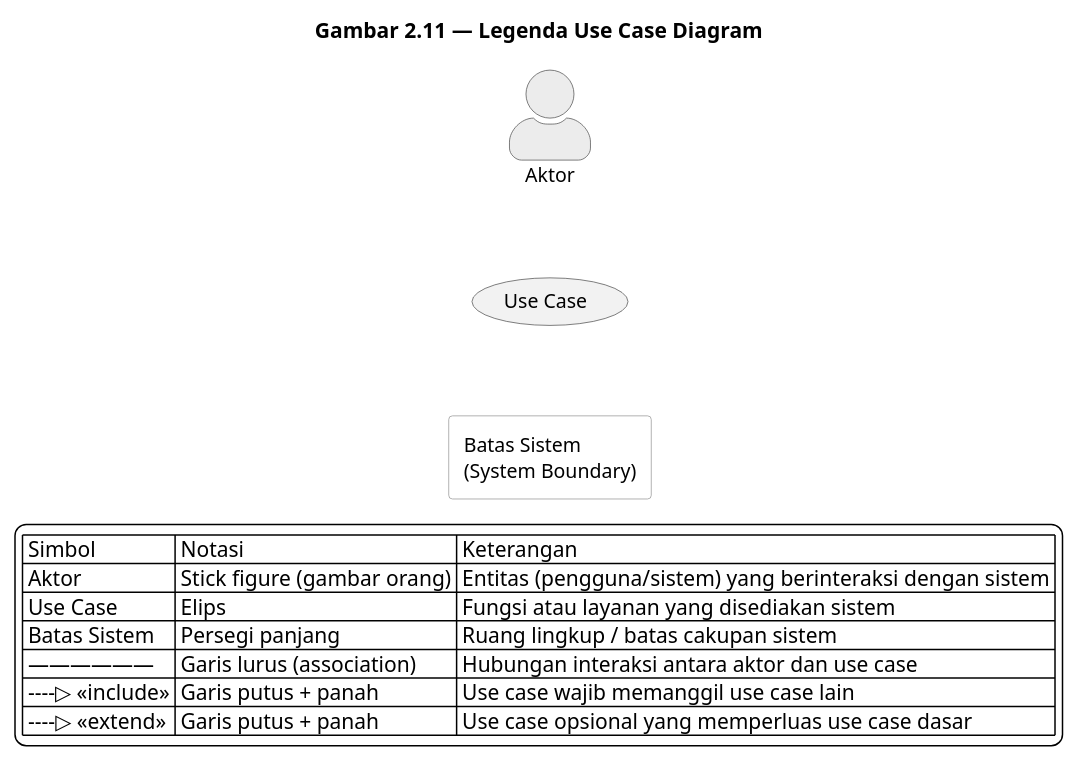
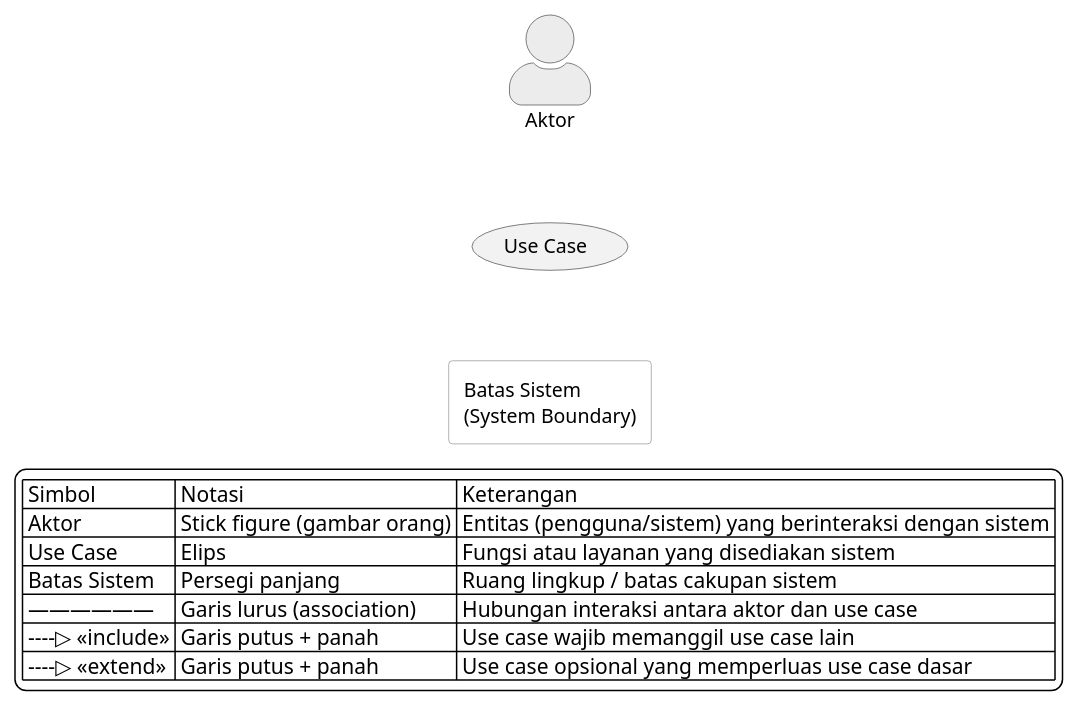
One commit to Jokskuyy/workflow-ta-proyek changed the diagram in diagrams/gambar-2.11-legenda-use-case.puml. Above: the diagram before and after it, drawn with PlantUML. The commit also changed 52 other files, not shown here.

Commit message:
docs: finalisasi laporan Iman dan diagram UML

```diff
--- a/diagrams/gambar-2.11-legenda-use-case.puml
+++ b/diagrams/gambar-2.11-legenda-use-case.puml
@@ -1,43 +1,42 @@
 @startuml gambar-2-11-legenda-use-case
 ' Gambar 2.11 - Legenda Use Case Diagram
 ' Sumber: BAB II - 2.3.3 (legenda simbol use case)
 
 skinparam backgroundColor #FFFFFF
 skinparam shadowing false
 skinparam defaultFontName "Segoe UI"
 skinparam defaultFontSize 13
 skinparam ArrowColor #444444
 skinparam actorStyle awesome
 skinparam usecase {
   BackgroundColor #F2F2F2
   BorderColor #555555
 }
 skinparam actor {
   BackgroundColor #ECECEC
   BorderColor #555555
 }
 skinparam rectangle {
   BackgroundColor #FFFFFF
   BorderColor #999999
 }
 
-title Gambar 2.11 — Legenda Use Case Diagram
 
 actor "Aktor" as A
 usecase "Use Case" as U
 rectangle "Batas Sistem\n(System Boundary)" as Bnd
 
 A -[hidden]down- U
 U -[hidden]down- Bnd
 
 legend right
   | Simbol | Notasi | Keterangan |
   | Aktor | Stick figure (gambar orang) | Entitas (pengguna/sistem) yang berinteraksi dengan sistem |
   | Use Case | Elips | Fungsi atau layanan yang disediakan sistem |
   | Batas Sistem | Persegi panjang | Ruang lingkup / batas cakupan sistem |
   | —————— | Garis lurus (association) | Hubungan interaksi antara aktor dan use case |
   | ----▷ <<include>> | Garis putus + panah | Use case wajib memanggil use case lain |
   | ----▷ <<extend>> | Garis putus + panah | Use case opsional yang memperluas use case dasar |
 endlegend
 
 @enduml
```
